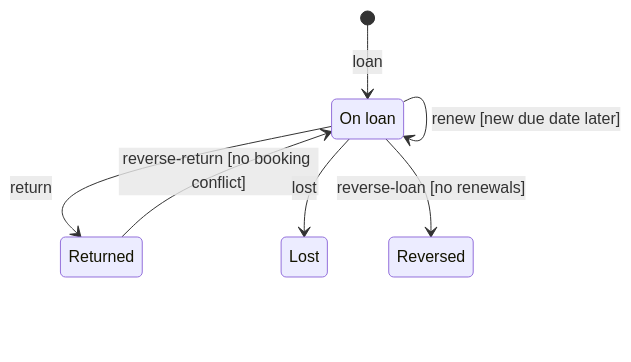
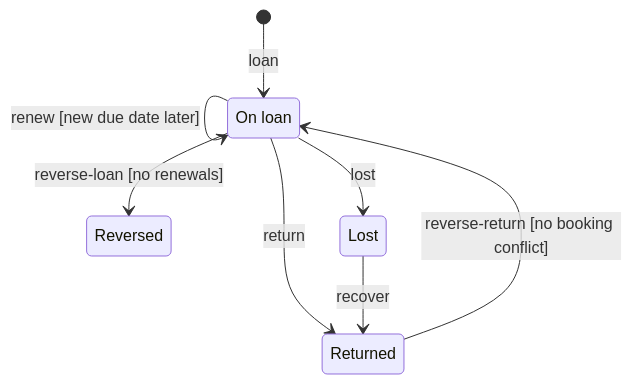
Before and after one commit to AY2627S1-CS2113-W13-3/tp: diagram 14 of 21 in docs/DeveloperGuide.md, drawn with Mermaid. The commit also changed other lines of this file and 1 other file, not shown here.

````diff
--- a/docs/DeveloperGuide.md
+++ b/docs/DeveloperGuide.md
@@ -1084,14 +1085,15 @@
 ```mermaid
 %%{init: {"state": {"nodeSpacing": 90, "rankSpacing": 70}}}%%
 stateDiagram-v2
     state "On loan" as OnLoan
     state "Returned" as Returned
     state "Lost" as Lost
     state "Reversed" as Reversed
     [*] --> OnLoan : loan
     OnLoan --> OnLoan : renew [new due date later]
     OnLoan --> Returned : return
     Returned --> OnLoan : reverse-return [no booking conflict]
     OnLoan --> Lost : lost
+    Lost --> Returned : recover
     OnLoan --> Reversed : reverse-loan [no renewals]
 ```
````
